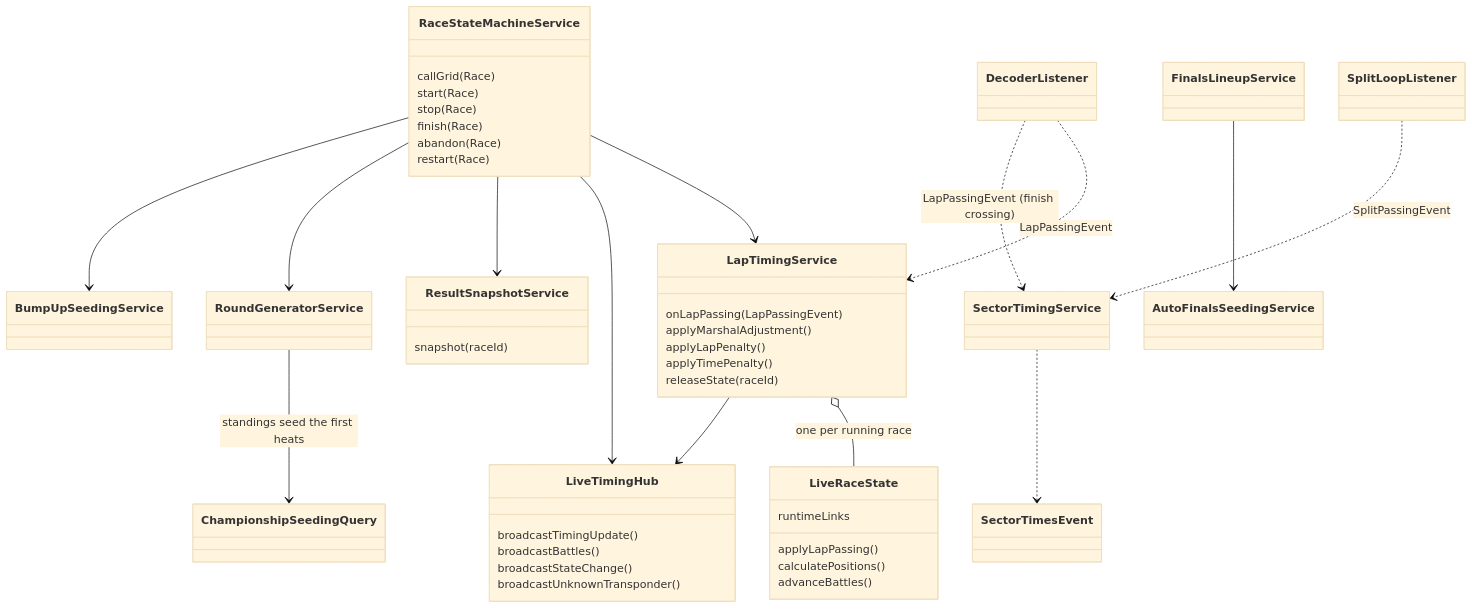
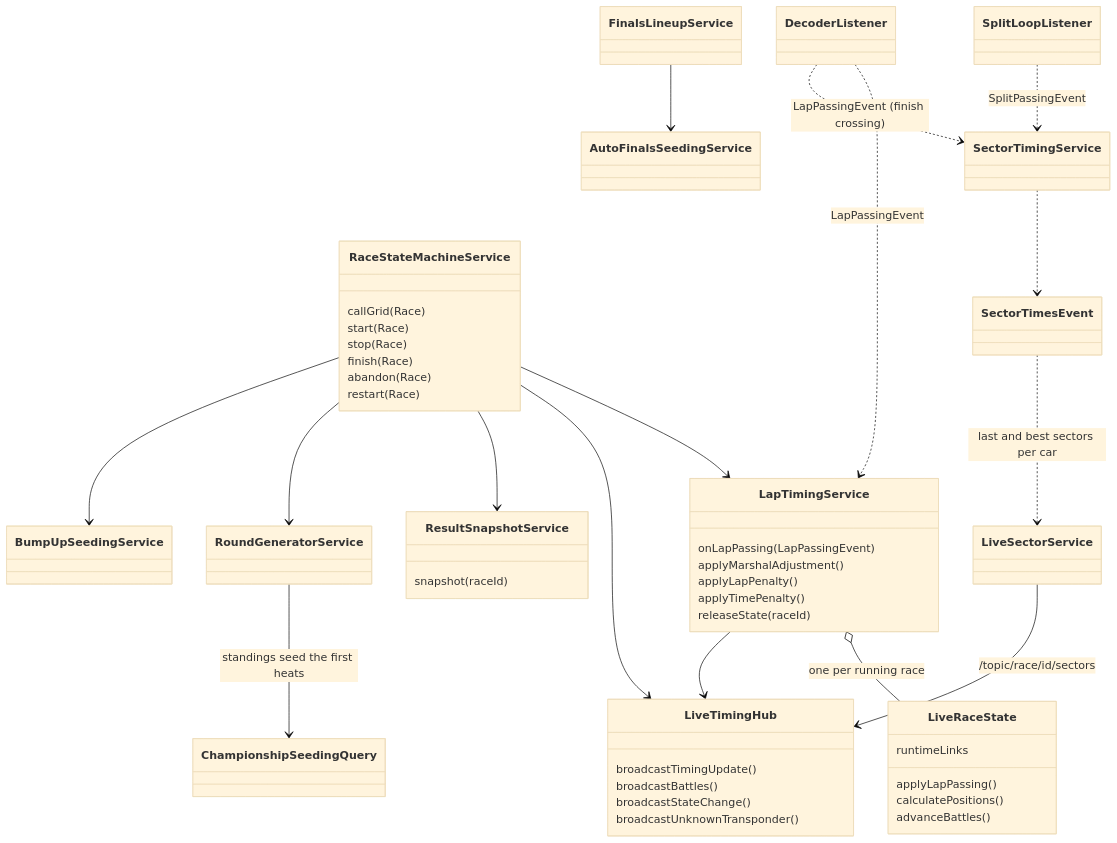
One commit to RCRaceHub/RCTimingControl changed the second of 3 diagrams in docs/developer/domain-model.md. Above: the diagram before and after it, drawn with Mermaid (base theme). The commit also changed 25 other files, not shown here.

First line of the commit message:
Simulator track mode and live sector times on race control (#734)

````diff
--- a/docs/developer/domain-model.md
+++ b/docs/developer/domain-model.md
@@ -116,57 +116,60 @@
 ```mermaid
 classDiagram
     direction TB
     class RaceStateMachineService {
         callGrid(Race)
         start(Race)
         stop(Race)
         finish(Race)
         abandon(Race)
         restart(Race)
     }
     class LapTimingService {
         onLapPassing(LapPassingEvent)
         applyMarshalAdjustment()
         applyLapPenalty()
         applyTimePenalty()
         releaseState(raceId)
     }
     class LiveRaceState {
         applyLapPassing()
         calculatePositions()
         advanceBattles()
         runtimeLinks
     }
     class LiveTimingHub {
         broadcastTimingUpdate()
         broadcastBattles()
         broadcastStateChange()
         broadcastUnknownTransponder()
     }
     class ResultSnapshotService {
         snapshot(raceId)
     }
     class RoundGeneratorService
     class ChampionshipSeedingQuery
     class BumpUpSeedingService
     class AutoFinalsSeedingService
     class FinalsLineupService
     class DecoderListener
     class SplitLoopListener
     class SectorTimingService
     class SectorTimesEvent
+    class LiveSectorService
 
     DecoderListener ..> LapTimingService : LapPassingEvent
     SplitLoopListener ..> SectorTimingService : SplitPassingEvent
     DecoderListener ..> SectorTimingService : LapPassingEvent (finish crossing)
     SectorTimingService ..> SectorTimesEvent
+    SectorTimesEvent ..> LiveSectorService : last and best sectors per car
+    LiveSectorService --> LiveTimingHub : /topic/race/id/sectors
     LapTimingService o-- LiveRaceState : one per running race
     LapTimingService --> LiveTimingHub
     RaceStateMachineService --> LapTimingService
     RaceStateMachineService --> LiveTimingHub
     RaceStateMachineService --> ResultSnapshotService
     RaceStateMachineService --> RoundGeneratorService
     RoundGeneratorService --> ChampionshipSeedingQuery : standings seed the first heats
     RaceStateMachineService --> BumpUpSeedingService
     FinalsLineupService --> AutoFinalsSeedingService
 ```
````
